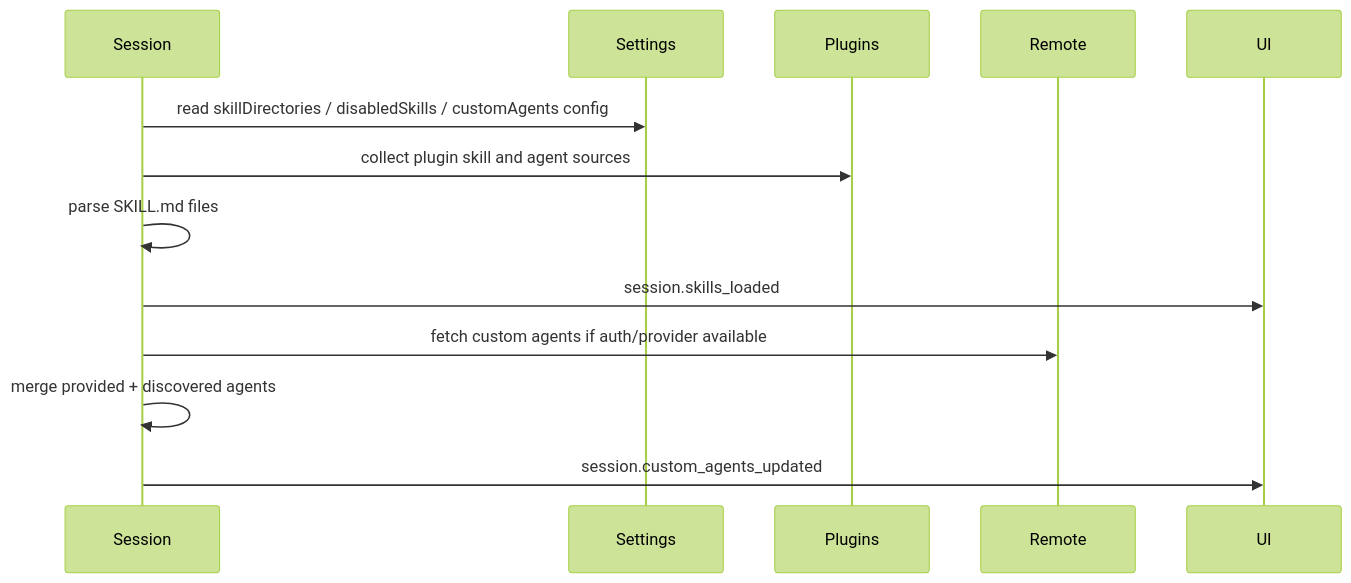
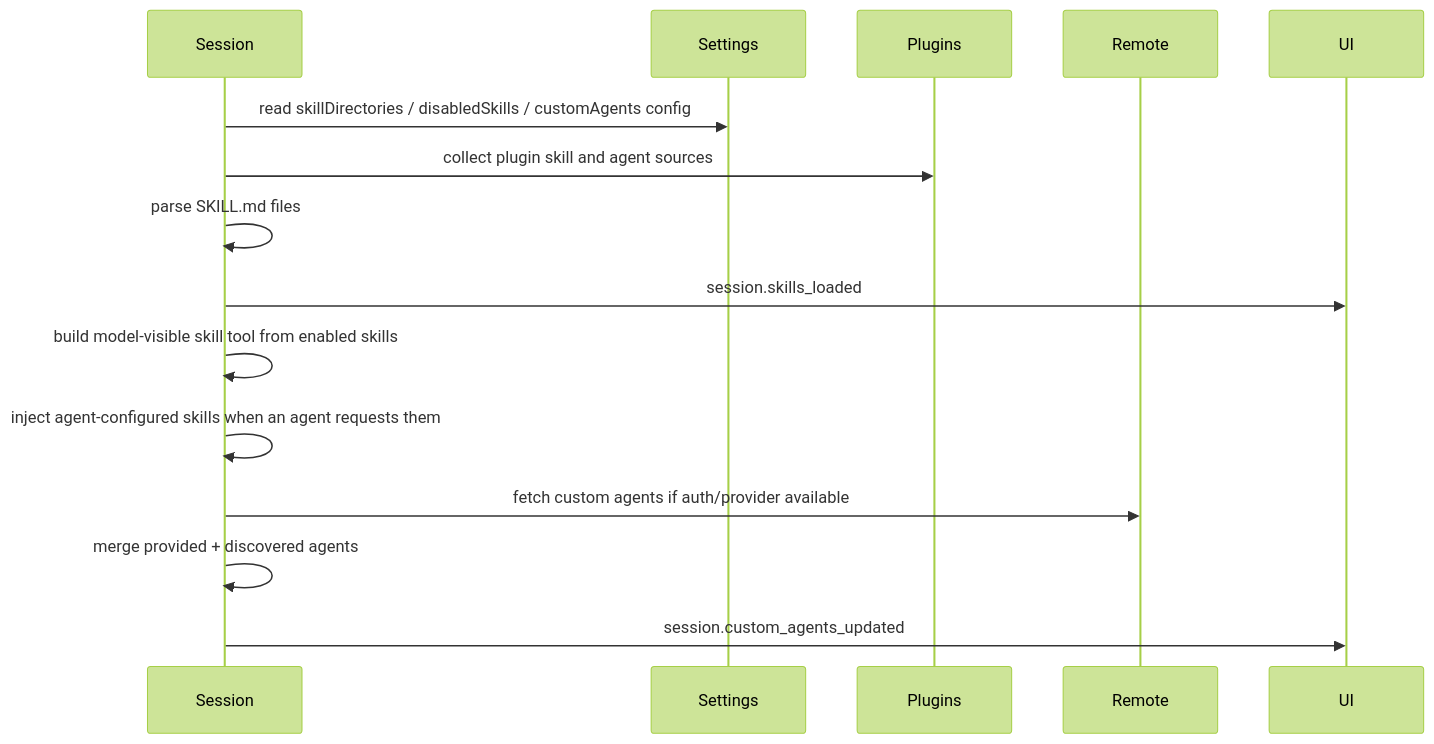
The second of 3 diagrams in docs/02-context-and-input/custom-agents-and-skills-packaging.md (vibewatch/copilot-cli-internals), drawn with Mermaid (forest theme) before and after one commit. The commit also changed other lines of this file and 8 other files, not shown here.

````diff
--- a/docs/02-context-and-input/custom-agents-and-skills-packaging.md
+++ b/docs/02-context-and-input/custom-agents-and-skills-packaging.md
@@ -226,16 +307,18 @@
 ```mermaid
 sequenceDiagram
     participant Session
     participant Settings
     participant Plugins
     participant Remote
     participant UI
 
     Session->>Settings: read skillDirectories / disabledSkills / customAgents config
     Session->>Plugins: collect plugin skill and agent sources
     Session->>Session: parse SKILL.md files
     Session->>UI: session.skills_loaded
+    Session->>Session: build model-visible skill tool from enabled skills
+    Session->>Session: inject agent-configured skills when an agent requests them
     Session->>Remote: fetch custom agents if auth/provider available
     Session->>Session: merge provided + discovered agents
     Session->>UI: session.custom_agents_updated
 ```
````
